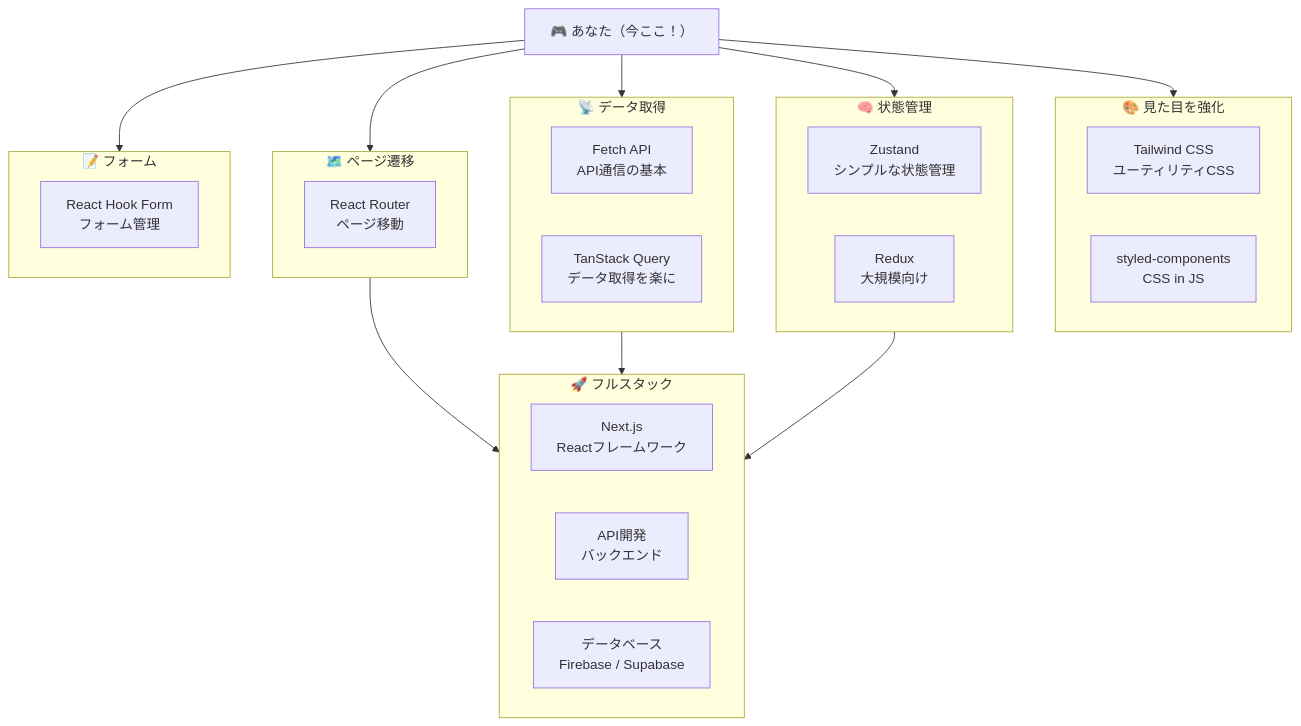
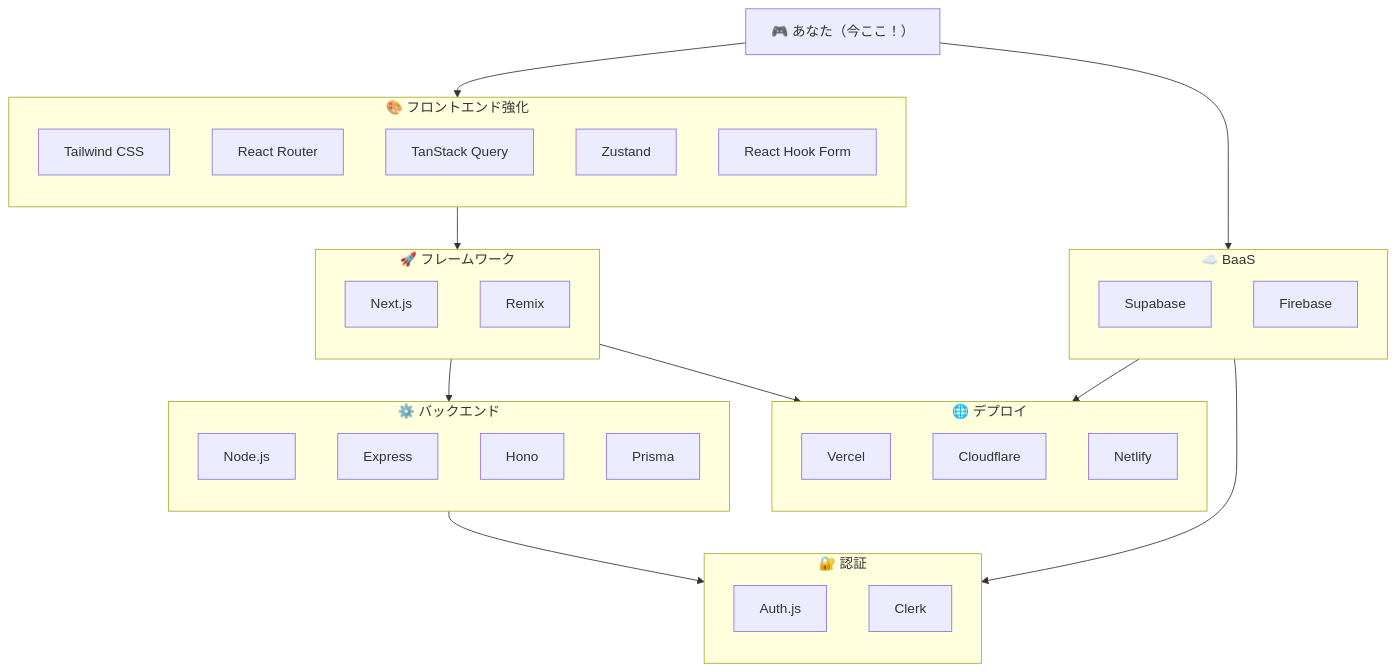
One commit to tsunosekai/typescript-class changed the third of 13 diagrams in src/content/lessons/23.md. Above: the diagram before and after it, drawn with Mermaid. The commit also changed other lines of this file, not shown here.

First line of the commit message:
Expand lesson 23 skill tree with backend and infrastructure

````diff
--- a/src/content/lessons/23.md
+++ b/src/content/lessons/23.md
@@ -68,43 +102,55 @@
 ```mermaid
 flowchart TB
     YOU["🎮 あなた（今ここ！）"]
 
-    subgraph Style["🎨 見た目を強化"]
-        TAILWIND["Tailwind CSS<br/>ユーティリティCSS"]
-        STYLED["styled-components<br/>CSS in JS"]
+    subgraph Frontend["🎨 フロントエンド強化"]
+        direction TB
+        TAILWIND["Tailwind CSS"]
+        ROUTER["React Router"]
+        QUERY["TanStack Query"]
+        ZUSTAND["Zustand"]
+        RHF["React Hook Form"]
     end
 
-    subgraph Route["🗺️ ページ遷移"]
-        ROUTER["React Router<br/>ページ移動"]
+    subgraph Framework["🚀 フレームワーク"]
+        direction TB
+        NEXT["Next.js"]
+        REMIX["Remix"]
     end
 
-    subgraph Data["📡 データ取得"]
-        FETCH["Fetch API<br/>API通信の基本"]
-        QUERY["TanStack Query<br/>データ取得を楽に"]
+    subgraph Backend["⚙️ バックエンド"]
+        direction TB
+        NODE["Node.js"]
+        EXPRESS["Express"]
+        HONO["Hono"]
+        PRISMA["Prisma"]
     end
 
-    subgraph StateM["🧠 状態管理"]
-        ZUSTAND["Zustand<br/>シンプルな状態管理"]
-        REDUX["Redux<br/>大規模向け"]
+    subgraph BaaS["☁️ BaaS"]
+        direction TB
+        SUPABASE["Supabase"]
+        FIREBASE["Firebase"]
     end
 
-    subgraph Form["📝 フォーム"]
-        RHF["React Hook Form<br/>フォーム管理"]
+    subgraph Deploy["🌐 デプロイ"]
+        direction TB
+        VERCEL["Vercel"]
+        CF["Cloudflare"]
+        NETLIFY["Netlify"]
     end
 
-    subgraph FullStack["🚀 フルスタック"]
-        NEXT["Next.js<br/>Reactフレームワーク"]
-        API["API開発<br/>バックエンド"]
-        DB["データベース<br/>Firebase / Supabase"]
+    subgraph Auth["🔐 認証"]
+        direction TB
+        AUTHJS["Auth.js"]
+        CLERK["Clerk"]
     end
 
-    YOU --> Style
-    YOU --> Route
-    YOU --> Data
-    YOU --> StateM
-    YOU --> Form
-
-    Route --> FullStack
-    Data --> FullStack
-    StateM --> FullStack
+    YOU --> Frontend
+    YOU --> BaaS
+    Frontend --> Framework
+    Framework --> Backend
+    Framework --> Deploy
+    BaaS --> Deploy
+    Backend --> Auth
+    BaaS --> Auth
 ```
````
